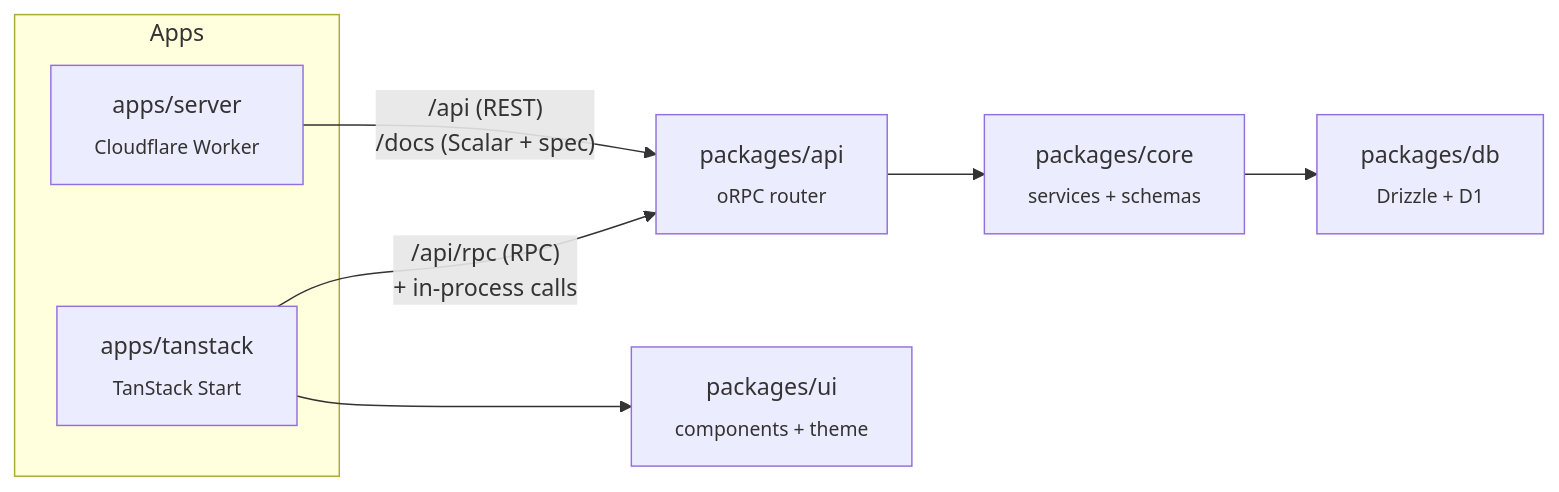
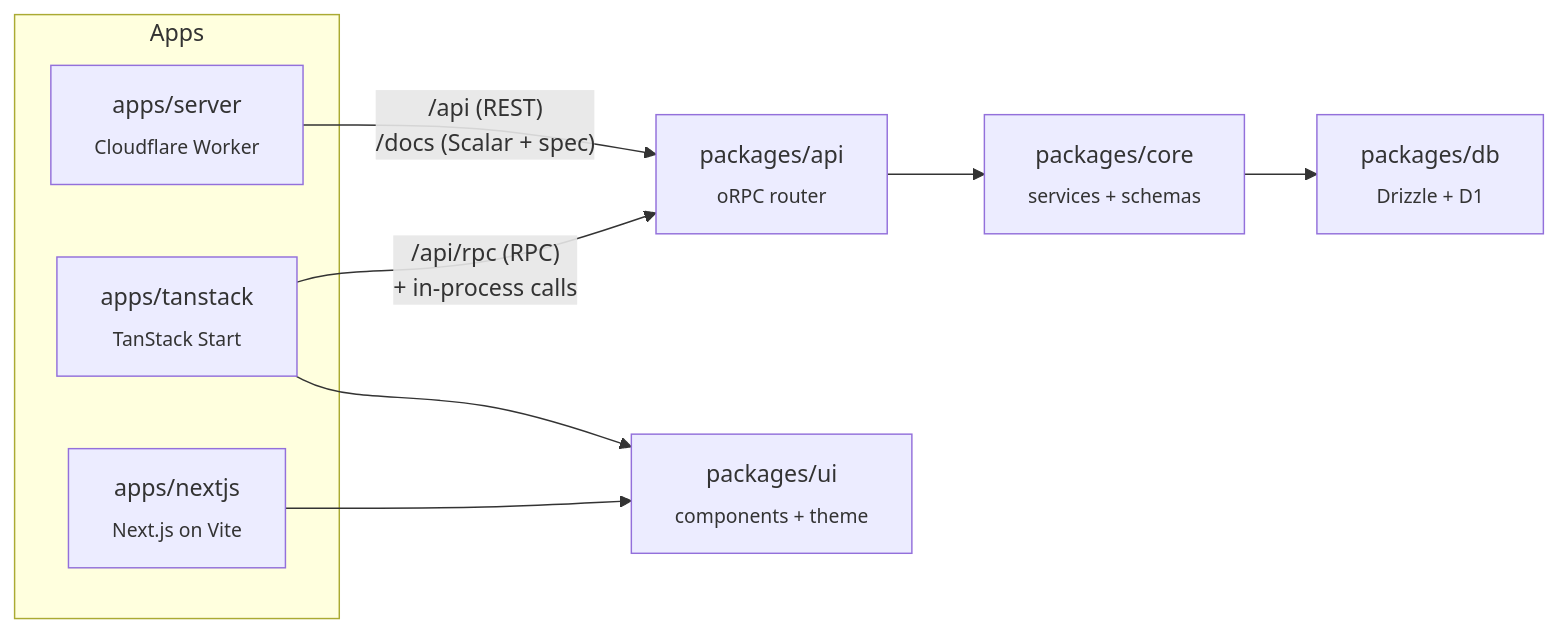
Before and after one commit to heyleydotdev/cf-monorepo: the diagram in README.md, drawn with Mermaid. The commit also changed other lines of this file and 33 other files, not shown here.

First line of the commit message:
feat(nextjs): add the vinext Next.js app

````diff
--- a/README.md
+++ b/README.md
@@ -64,17 +65,19 @@
 ```mermaid
 flowchart LR
     subgraph Apps
         S["apps/server<br/><sub>Cloudflare Worker</sub>"]
         T["apps/tanstack<br/><sub>TanStack Start</sub>"]
+        N["apps/nextjs<br/><sub>Next.js on Vite</sub>"]
     end
 
     API["packages/api<br/><sub>oRPC router</sub>"]
     CORE["packages/core<br/><sub>services + schemas</sub>"]
     DB["packages/db<br/><sub>Drizzle + D1</sub>"]
     UI["packages/ui<br/><sub>components + theme</sub>"]
 
     S -- "/api (REST)<br/>/docs (Scalar + spec)" --> API
     T -- "/api/rpc (RPC)<br/>+ in-process calls" --> API
     T --> UI
+    N --> UI
     API --> CORE --> DB
 ```
````
